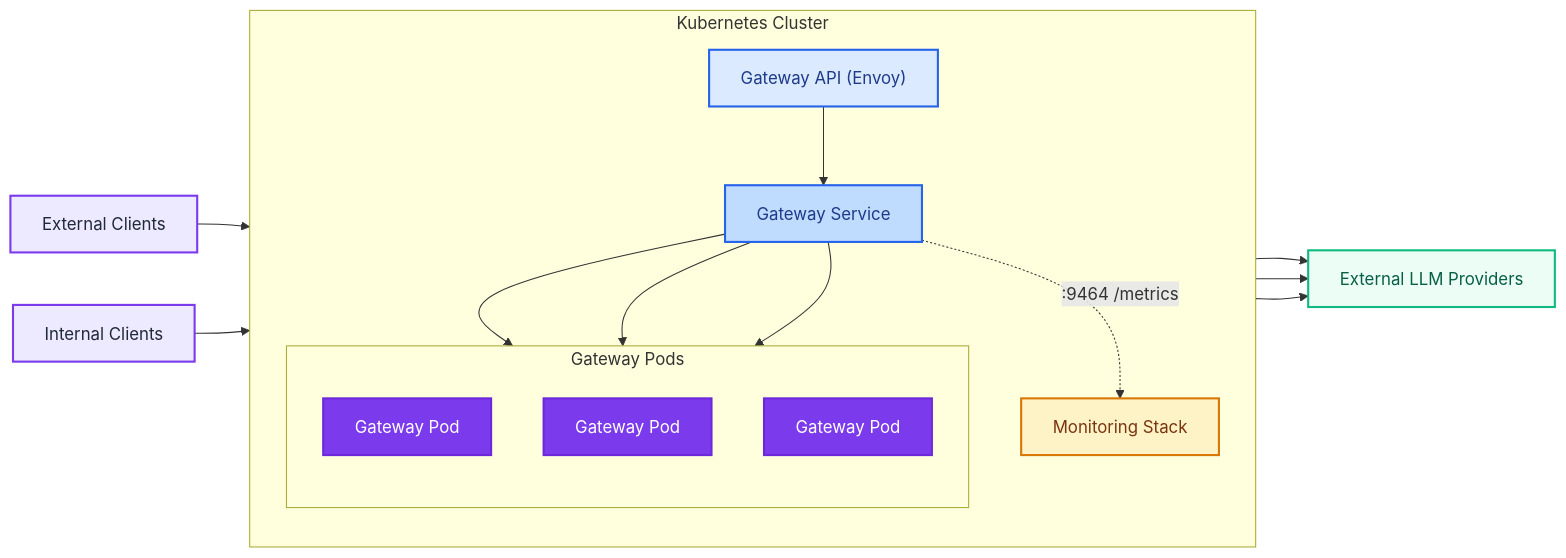
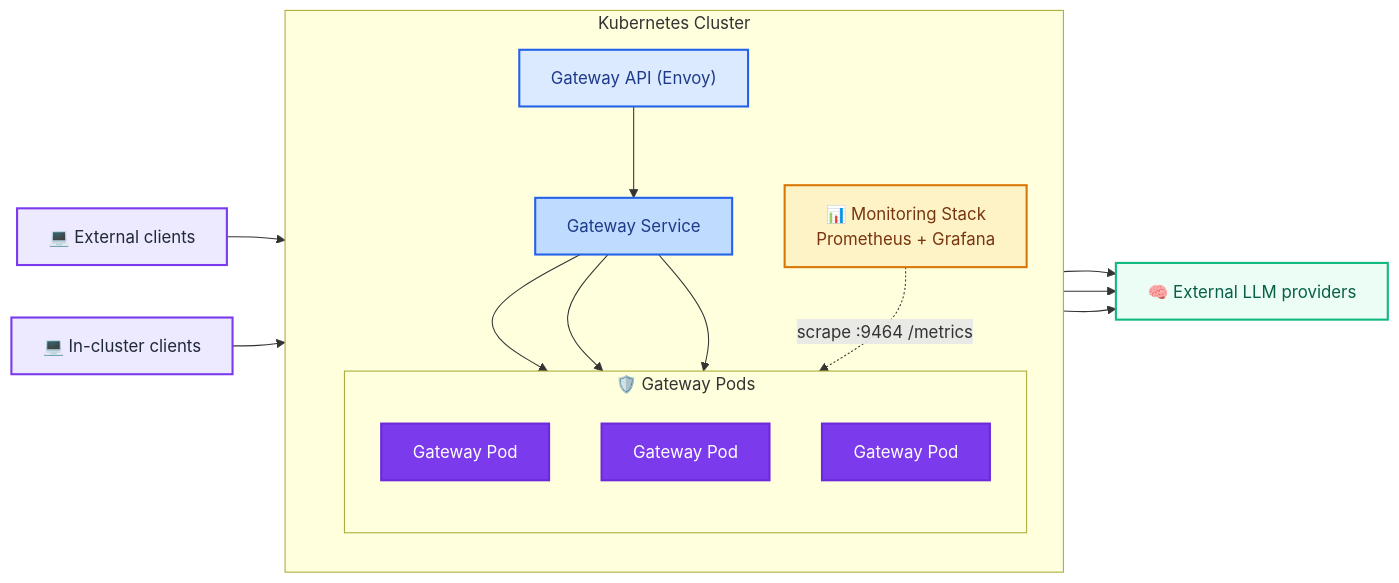
One commit to inference-gateway/docs changed the second of 2 diagrams in architecture-overview.md. Above: the diagram before and after it, drawn with Mermaid. The commit also changed other lines of this file, not shown here.

Commit message:
docs: align architecture diagrams with homepage and codebase

````diff
--- a/architecture-overview.md
+++ b/architecture-overview.md
@@ -57,46 +56,47 @@
 ```mermaid
 flowchart LR
-    ExtClient["External Clients"]
-    IntClient["Internal Clients"]
-    Providers["External LLM Providers"]
-    Monitoring["Monitoring Stack"]
+    ExtClient["💻 External clients"]
+    IntClient["💻 In-cluster clients"]
+    Providers["🧠 External LLM providers"]
 
     subgraph Cluster["Kubernetes Cluster"]
         direction TB
         GwAPI["Gateway API (Envoy)"]
         Svc["Gateway Service"]
 
-        subgraph Pods["Gateway Pods"]
+        subgraph Pods["🛡️ Gateway Pods"]
             direction TB
             Pod1["Gateway Pod"]
             Pod2["Gateway Pod"]
             Pod3["Gateway Pod"]
         end
 
+        Monitoring["📊 Monitoring Stack<br/>Prometheus + Grafana"]
+
         GwAPI --> Svc
         Svc --> Pod1
         Svc --> Pod2
         Svc --> Pod3
-        Svc -. ":9464 /metrics" .-> Monitoring
+        Monitoring -. "scrape :9464 /metrics" .-> Pods
     end
 
     ExtClient --> GwAPI
     IntClient --> Svc
     Pod1 --> Providers
     Pod2 --> Providers
     Pod3 --> Providers
 
     classDef client fill:#ede9fe,stroke:#7c3aed,stroke-width:2px,color:#1f2937
     classDef gatewayapi fill:#dbeafe,stroke:#2563eb,stroke-width:2px,color:#1e3a8a
     classDef service fill:#bfdbfe,stroke:#2563eb,stroke-width:2px,color:#1e3a8a
     classDef gateway fill:#7c3aed,stroke:#6d28d9,stroke-width:2px,color:#ffffff
     classDef monitor fill:#fef3c7,stroke:#d97706,stroke-width:2px,color:#78350f
     classDef provider fill:#ecfdf5,stroke:#10b981,stroke-width:2px,color:#065f46
 
     class ExtClient,IntClient client
     class GwAPI gatewayapi
     class Svc service
     class Pod1,Pod2,Pod3 gateway
     class Monitoring monitor
     class Providers provider
 ```
````
